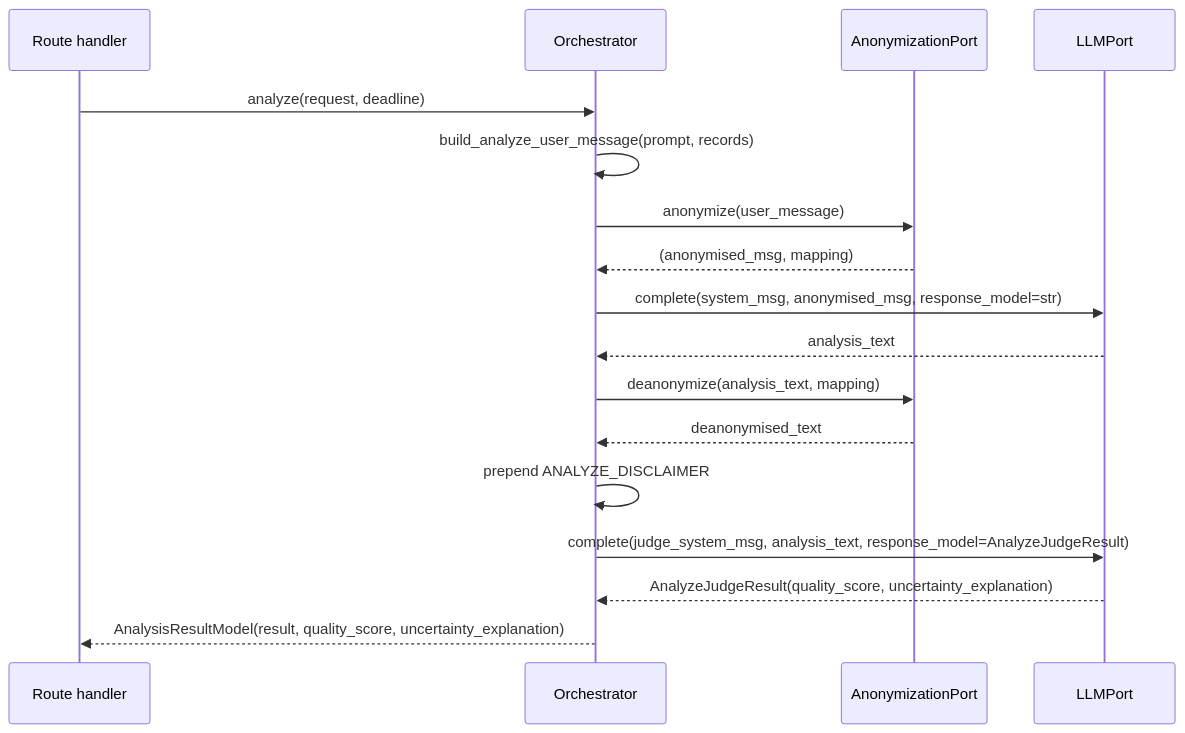
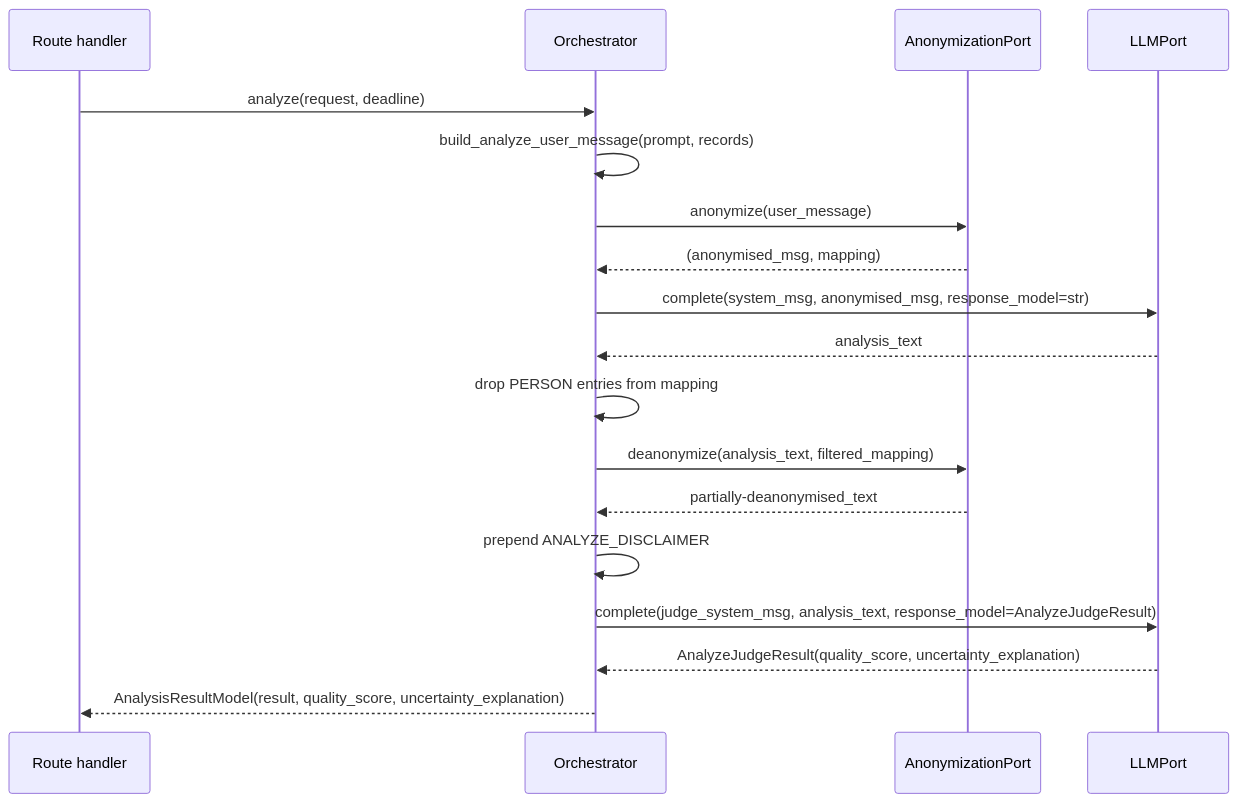
The diagram in docs/architecture/06-prompt-envelope.md (rodekruis/qualitative-feedback-analysis), drawn with Mermaid before and after one commit. The commit also changed other lines of this file and 3 other files, not shown here.

````diff
--- a/docs/architecture/06-prompt-envelope.md
+++ b/docs/architecture/06-prompt-envelope.md
@@ -110,20 +136,21 @@
 ```mermaid
 sequenceDiagram
     participant route as Route handler
     participant orch as Orchestrator
     participant anon as AnonymizationPort
     participant llm as LLMPort
 
     route->>orch: analyze(request, deadline)
     orch->>orch: build_analyze_user_message(prompt, records)
     orch->>anon: anonymize(user_message)
     anon-->>orch: (anonymised_msg, mapping)
     orch->>llm: complete(system_msg, anonymised_msg, response_model=str)
     llm-->>orch: analysis_text
-    orch->>anon: deanonymize(analysis_text, mapping)
-    anon-->>orch: deanonymised_text
+    orch->>orch: drop PERSON entries from mapping
+    orch->>anon: deanonymize(analysis_text, filtered_mapping)
+    anon-->>orch: partially-deanonymised_text
     orch->>orch: prepend ANALYZE_DISCLAIMER
     orch->>llm: complete(judge_system_msg, analysis_text, response_model=AnalyzeJudgeResult)
     llm-->>orch: AnalyzeJudgeResult(quality_score, uncertainty_explanation)
     orch-->>route: AnalysisResultModel(result, quality_score, uncertainty_explanation)
 ```
````
